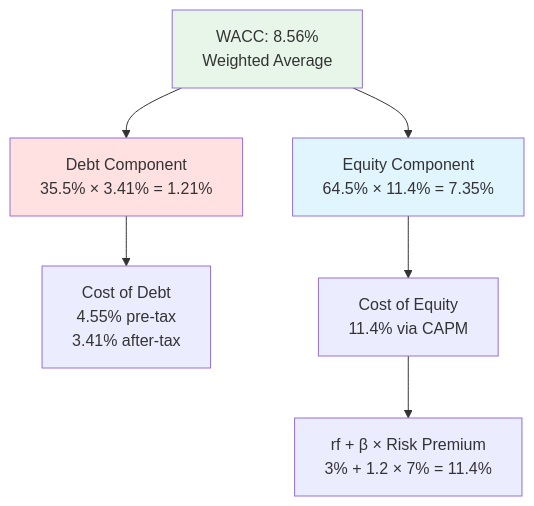
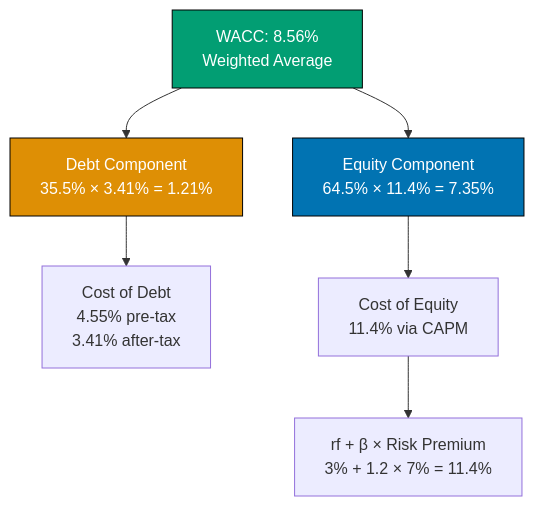
One commit to wahidyankf/open-sharia-enterprise changed the eighth of 12 diagrams in docs/tutorials/business-and-finance/tu-bufi__corporate-finance.md. Above: the diagram before and after it, drawn with Mermaid. The commit also changed other lines of this file and 22 other files, not shown here.

First line of the commit message:
docs(diagrams): ensure all mermaid diagrams use color-blind friendly palette

````diff
--- a/docs/tutorials/business-and-finance/tu-bufi__corporate-finance.md
+++ b/docs/tutorials/business-and-finance/tu-bufi__corporate-finance.md
@@ -983,14 +1007,14 @@
 ```mermaid
 flowchart TD
 	WACC[WACC: 8.56%<br/>Weighted Average] --> Debt[Debt Component<br/>35.5% × 3.41% = 1.21%]
 	WACC --> Equity[Equity Component<br/>64.5% × 11.4% = 7.35%]
 
 	Debt --> RD[Cost of Debt<br/>4.55% pre-tax<br/>3.41% after-tax]
 	Equity --> RE[Cost of Equity<br/>11.4% via CAPM]
 
 	RE --> CAPM[rf + β × Risk Premium<br/>3% + 1.2 × 7% = 11.4%]
 
-	style WACC fill:#e8f5e9
-	style Debt fill:#ffe1e1
-	style Equity fill:#e1f5ff
+	style WACC fill:#029E73,stroke:#000000,color:#FFFFFF
+	style Debt fill:#DE8F05,stroke:#000000,color:#FFFFFF
+	style Equity fill:#0173B2,stroke:#000000,color:#FFFFFF
 ```
````
